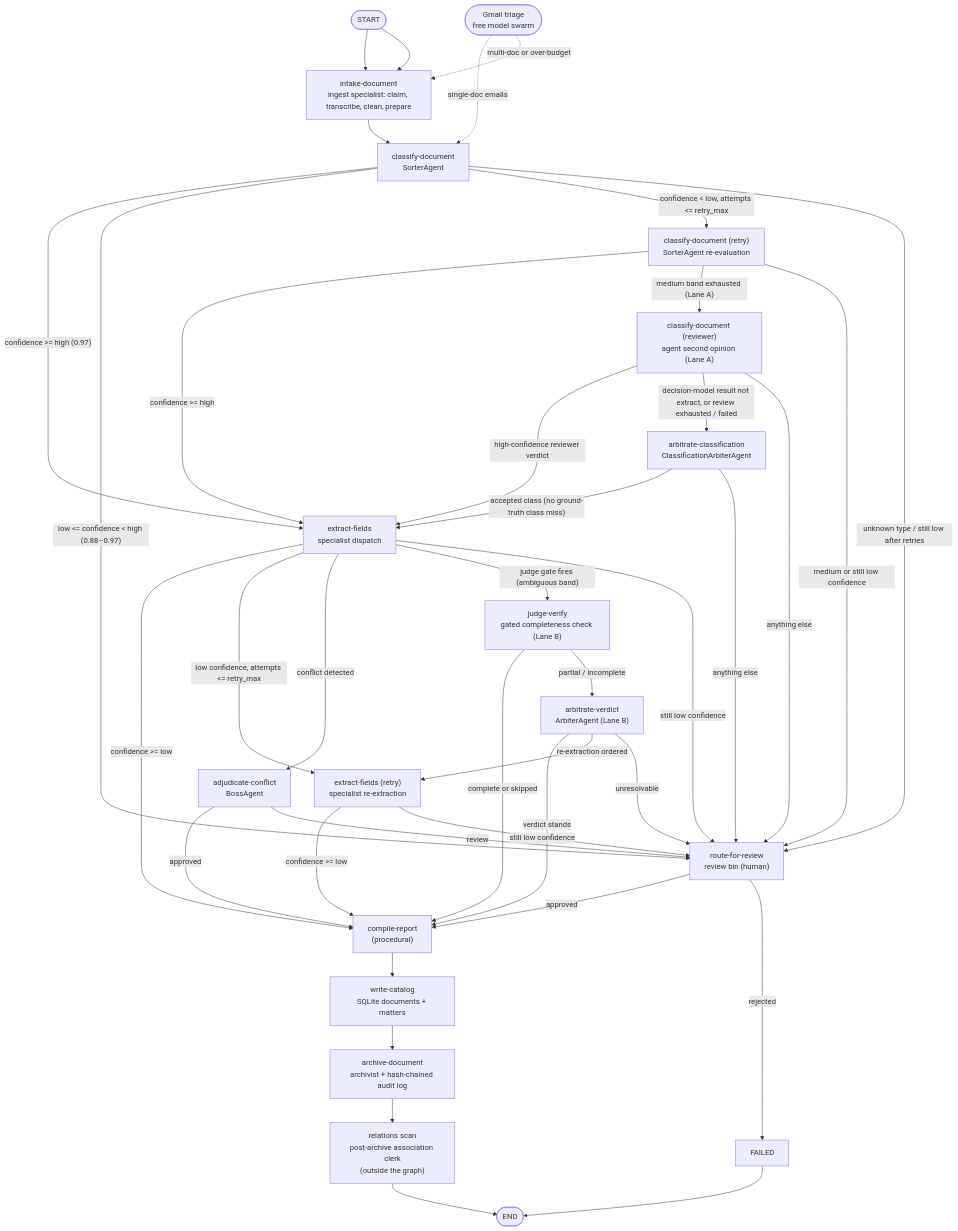
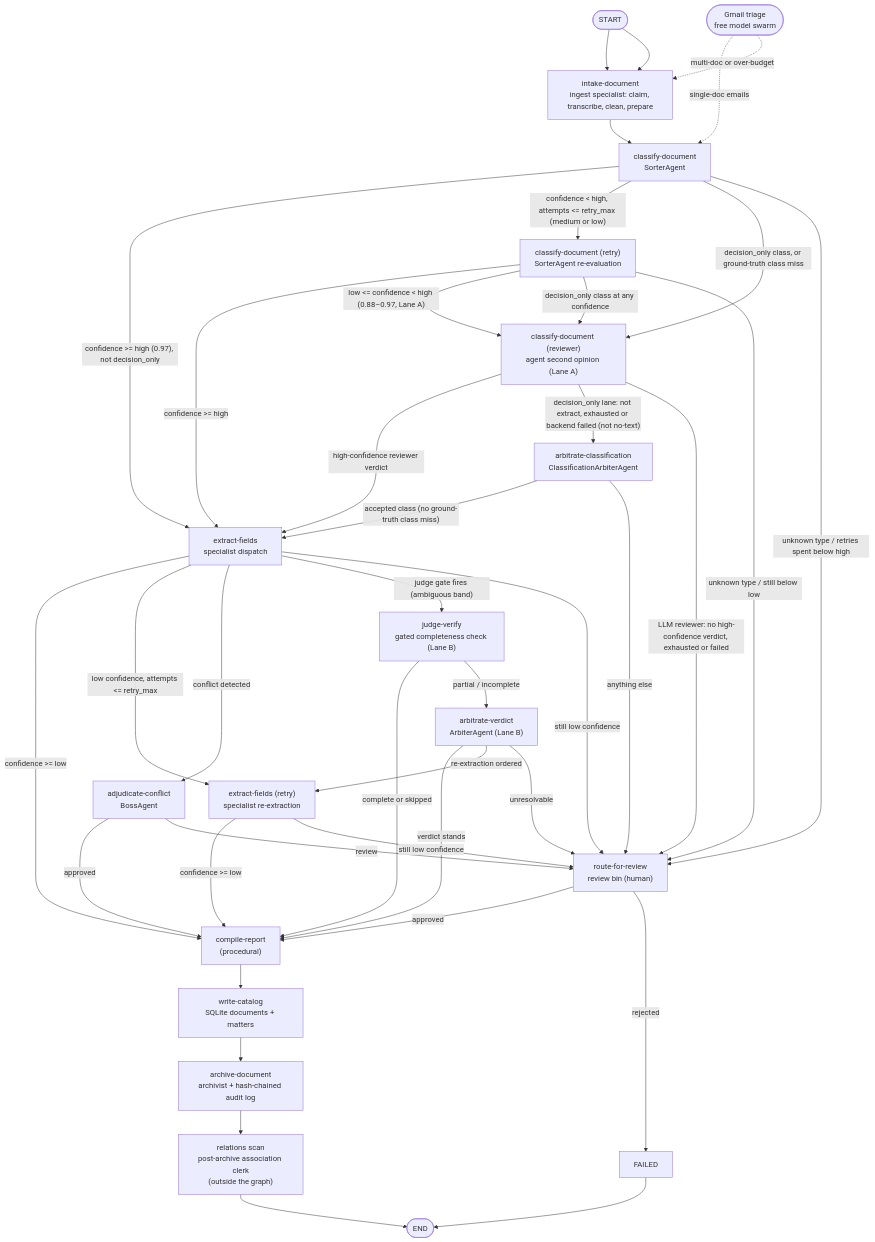
Before and after one commit to Exios66/llm-mailroom: the first of 2 diagrams in README.md, drawn with Mermaid. The commit also changed other lines of this file and 6 other files, not shown here.

Commit message:
docs: README classify routing, wiki FAQ/Home, repo guide node description; changelog entries for the review fixes

````diff
--- a/README.md
+++ b/README.md
@@ -285,61 +285,62 @@
 ```mermaid
 flowchart TD
     START([START]) --> INTAKE
 
     INTAKE["intake-document<br/>ingest specialist: claim, transcribe, clean, prepare"]
     CLASSIFY["classify-document<br/>SorterAgent"]
     RETRY_CLASS["classify-document (retry)<br/>SorterAgent re-evaluation"]
     REVIEW_CLASS["classify-document (reviewer)<br/>agent second opinion (Lane A)"]
     CLASS_ARBITER["arbitrate-classification<br/>ClassificationArbiterAgent"]
     EXTRACT["extract-fields<br/>specialist dispatch"]
     RETRY_EXTRACT["extract-fields (retry)<br/>specialist re-extraction"]
     JUDGE["judge-verify<br/>gated completeness check (Lane B)"]
     ARBITER["arbitrate-verdict<br/>ArbiterAgent (Lane B)"]
     BOSS["adjudicate-conflict<br/>BossAgent"]
     REVIEW["route-for-review<br/>review bin (human)"]
     REPORT["compile-report<br/>(procedural)"]
     CATALOG["write-catalog<br/>SQLite documents + matters"]
     ARCHIVE["archive-document<br/>archivist + hash-chained audit log"]
     RELATIONS["relations scan<br/>post-archive association clerk<br/>(outside the graph)"]
     FAILED["FAILED"]
     ENDX([END])
 
     START --> INTAKE
     INTAKE --> CLASSIFY
 
-    CLASSIFY -- "confidence >= high (0.97)" --> EXTRACT
-    CLASSIFY -- "low <= confidence < high (0.88–0.97)" --> REVIEW
-    CLASSIFY -- "confidence < low, attempts <= retry_max" --> RETRY_CLASS
-    CLASSIFY -- "unknown type / still low after retries" --> REVIEW
+    CLASSIFY -- "confidence >= high (0.97), not decision_only" --> EXTRACT
+    CLASSIFY -- "confidence < high, attempts <= retry_max (medium or low)" --> RETRY_CLASS
+    CLASSIFY -- "decision_only class, or ground-truth class miss" --> REVIEW_CLASS
+    CLASSIFY -- "unknown type / retries spent below high" --> REVIEW
     RETRY_CLASS -- "confidence >= high" --> EXTRACT
-    RETRY_CLASS -- "medium band exhausted (Lane A)" --> REVIEW_CLASS
-    RETRY_CLASS -- "medium or still low confidence" --> REVIEW
+    RETRY_CLASS -- "low <= confidence < high (0.88–0.97, Lane A)" --> REVIEW_CLASS
+    RETRY_CLASS -- "decision_only class at any confidence" --> REVIEW_CLASS
+    RETRY_CLASS -- "unknown type / still below low" --> REVIEW
     REVIEW_CLASS -- "high-confidence reviewer verdict" --> EXTRACT
-    REVIEW_CLASS -- "decision-model result not extract, or review exhausted / failed" --> CLASS_ARBITER
-    REVIEW_CLASS -- "anything else" --> REVIEW
+    REVIEW_CLASS -- "decision_only lane: not extract, exhausted or backend failed (not no-text)" --> CLASS_ARBITER
+    REVIEW_CLASS -- "LLM reviewer: no high-confidence verdict, exhausted or failed" --> REVIEW
     CLASS_ARBITER -- "accepted class (no ground-truth class miss)" --> EXTRACT
     CLASS_ARBITER -- "anything else" --> REVIEW
 
     EXTRACT -- "confidence >= low" --> REPORT
     EXTRACT -- "low confidence, attempts <= retry_max" --> RETRY_EXTRACT
     EXTRACT -- "conflict detected" --> BOSS
     EXTRACT -- "judge gate fires (ambiguous band)" --> JUDGE
     EXTRACT -- "still low confidence" --> REVIEW
     RETRY_EXTRACT -- "confidence >= low" --> REPORT
     RETRY_EXTRACT -- "still low confidence" --> REVIEW
 
     JUDGE -- "complete or skipped" --> REPORT
     JUDGE -- "partial / incomplete" --> ARBITER
     ARBITER -- "verdict stands" --> REPORT
     ARBITER -- "re-extraction ordered" --> RETRY_EXTRACT
     ARBITER -- "unresolvable" --> REVIEW
     BOSS -- "approved" --> REPORT
     BOSS -- "review" --> REVIEW
     REVIEW -- "approved" --> REPORT
     REVIEW -- "rejected" --> FAILED --> ENDX
 
     REPORT --> CATALOG --> ARCHIVE --> RELATIONS --> ENDX
 
     GMAIL([Gmail triage<br/>free model swarm]) -.->|single-doc emails| CLASSIFY
     GMAIL -.->|multi-doc or over-budget| INTAKE
 ```
````
